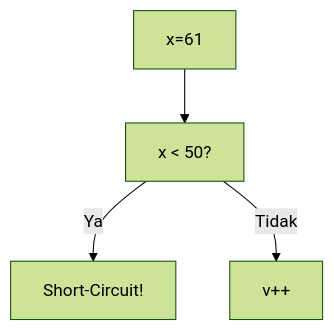
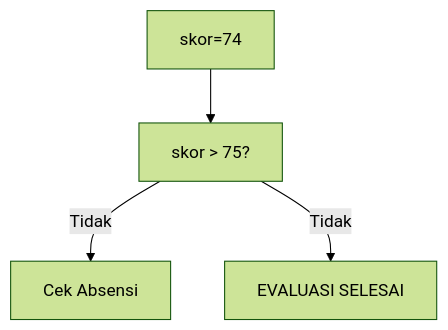
Before and after one commit to amnahwaida/OSNK_INF_PREP: diagram 13 of 25 in part-c-pemahaman-cpp/02-percabangan/latihan/set-01.md, drawn with Mermaid (forest theme). The commit also changed other lines of this file and 71 other files, not shown here.

````diff
--- a/part-c-pemahaman-cpp/02-percabangan/latihan/set-01.md
+++ b/part-c-pemahaman-cpp/02-percabangan/latihan/set-01.md
@@ -361,6 +377,6 @@
 ```mermaid
 graph TD
-A["x=61"] --> B["x < 50?"]
-B -- Ya --> C["Short-Circuit!"]
-B -- Tidak --> D["v++"]
+A["skor=74"] --> B["skor > 75?"]
+B -- Tidak --> C["Cek Absensi"]
+B -- Tidak --> D["EVALUASI SELESAI"]
 ```
````
